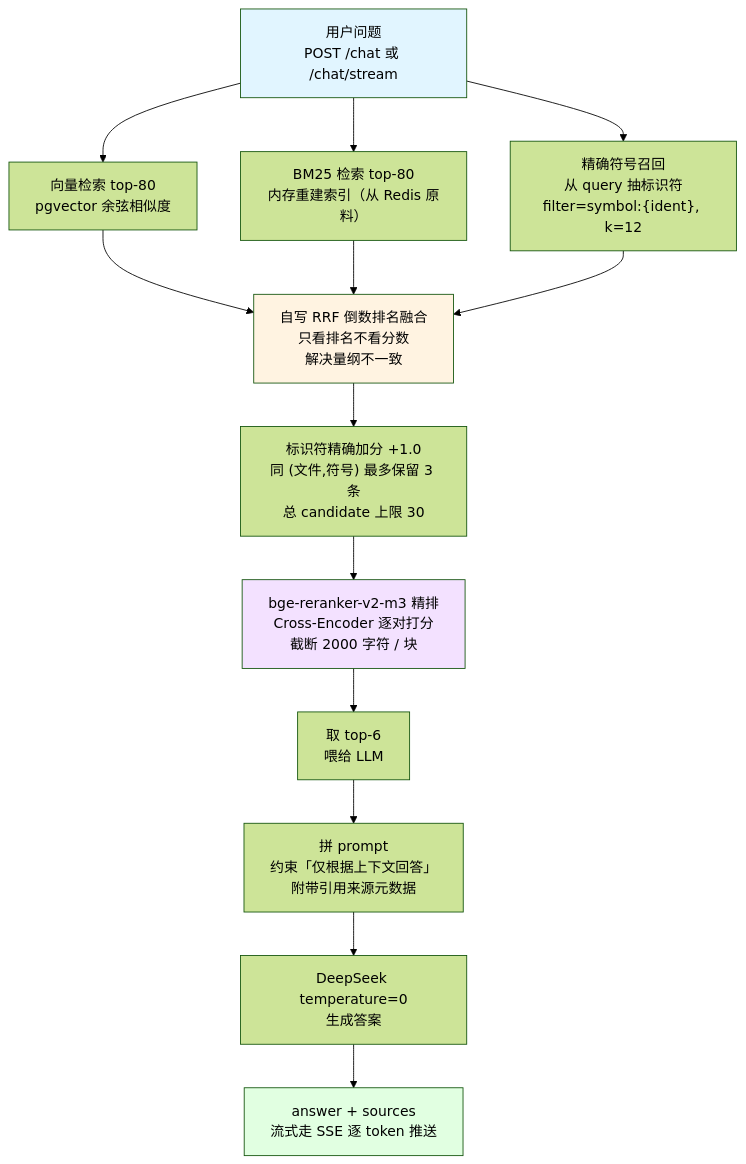
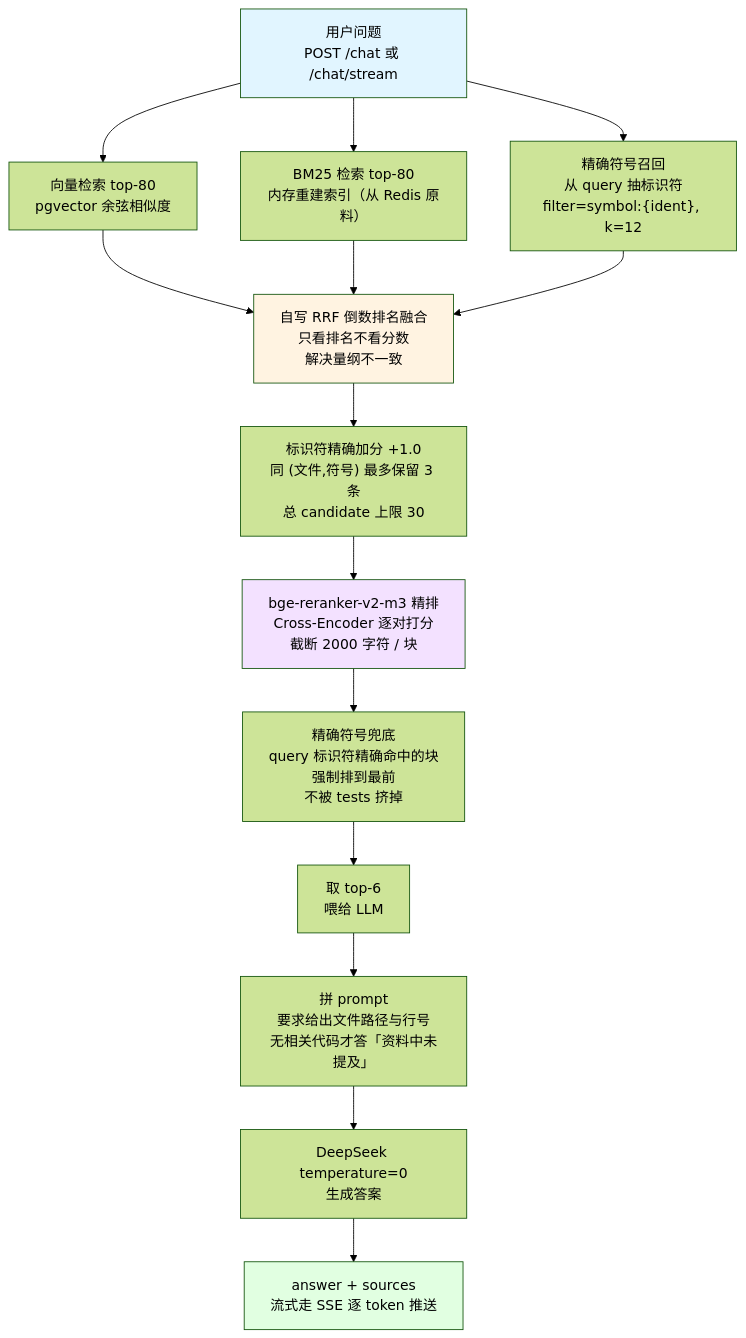
One commit to Ztdeary/RepoTalk changed the second of 3 diagrams in README.md. Above: the diagram before and after it, drawn with Mermaid (forest theme). The commit also changed other lines of this file and 5 other files, not shown here.

````diff
--- a/README.md
+++ b/README.md
@@ -35,22 +36,23 @@
 ```mermaid
 flowchart TD
     Q["用户问题<br/>POST /chat 或 /chat/stream"] --> V["向量检索 top-80<br/>pgvector 余弦相似度"]
     Q --> BM["BM25 检索 top-80<br/>内存重建索引（从 Redis 原料）"]
     Q --> EX["精确符号召回<br/>从 query 抽标识符<br/>filter=symbol:{ident}, k=12"]
 
     V --> F["自写 RRF 倒数排名融合<br/>只看排名不看分数<br/>解决量纲不一致"]
     BM --> F
     EX --> F
 
     F --> BST["标识符精确加分 +1.0<br/>同 (文件,符号) 最多保留 3 条<br/>总 candidate 上限 30"]
     BST --> RK["bge-reranker-v2-m3 精排<br/>Cross-Encoder 逐对打分<br/>截断 2000 字符 / 块"]
-    RK --> TOP["取 top-6<br/>喂给 LLM"]
-    TOP --> PR["拼 prompt<br/>约束「仅根据上下文回答」<br/>附带引用来源元数据"]
+    RK --> GD["精确符号兜底<br/>query 标识符精确命中的块<br/>强制排到最前<br/>不被 tests 挤掉"]
+    GD --> TOP["取 top-6<br/>喂给 LLM"]
+    TOP --> PR["拼 prompt<br/>要求给出文件路径与行号<br/>无相关代码才答「资料中未提及」"]
     PR --> LLM["DeepSeek temperature=0<br/>生成答案"]
     LLM --> OUT["answer + sources<br/>流式走 SSE 逐 token 推送"]
 
     style Q fill:#e1f5ff
     style F fill:#fff3e1
     style RK fill:#f3e1ff
     style OUT fill:#e1ffe1
 ```
````
